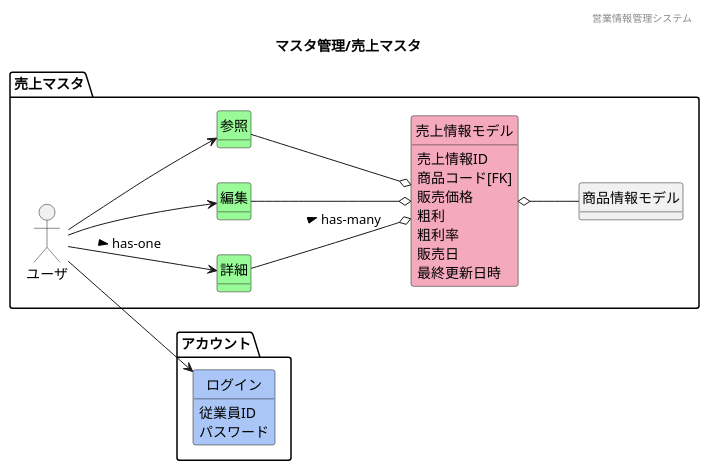
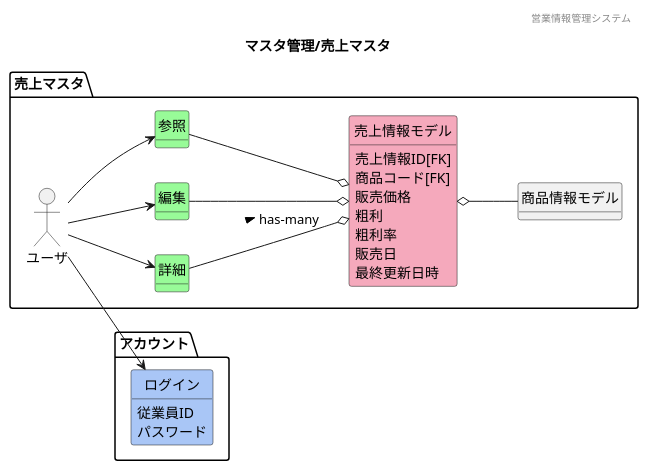
One commit to HaruShim/Sotuken changed the diagram in 各種設計書/1ドメインモデル図/マスタ管理/F04売上マスタ.plantuml. Above: the diagram before and after it, drawn with PlantUML. The commit also changed 11 other files, not shown here.

```diff
--- a/各種設計書/1ドメインモデル図/マスタ管理/F04売上マスタ.plantuml
+++ b/各種設計書/1ドメインモデル図/マスタ管理/F04売上マスタ.plantuml
@@ -1,55 +1,55 @@
 @startuml images/マスタ管理/売上マスタ
 ' ヘッダー
 header 営業情報管理システム
 ' タイトル
 title マスタ管理/売上マスタ
 ' 
 hide circle
 ' 
 hide method
 left to right direction
 
 package "アカウント"{
     class "ログイン" #A9C6F6
 
 }
 
 package "売上マスタ" {
     'ユーザや外部システム
     mix_actor "ユーザ"
     class "詳細" #98fb98
     class "編集" #98fb98
     class "参照" #98fb98
     class "売上情報モデル" #F5A9BC 
     class "商品情報モデル"
     ' class "" #F5A9BC
     ' class "" #ffd700
 
     'モデル同士の関係
     ユーザ --> 参照
     ユーザ --> 編集
-    ユーザ --> 詳細 : > has-one
+    ユーザ --> 詳細
     ユーザ --> ログイン
     参照 --o 売上情報モデル
     編集 --o 売上情報モデル
     詳細 --o 売上情報モデル : > has-many
     売上情報モデル o-- 商品情報モデル
 
     'ドメインクラスの属性
-    売上情報モデル : 売上情報ID
+    売上情報モデル : 売上情報ID[FK]
     売上情報モデル : 商品コード[FK]
     売上情報モデル : 販売価格
     売上情報モデル : 粗利
     売上情報モデル : 粗利率
     売上情報モデル : 販売日
     売上情報モデル : 最終更新日時
 
     ログイン : 従業員ID
     ログイン : パスワード
 }
 
 
 
 
 
 @enduml
```
